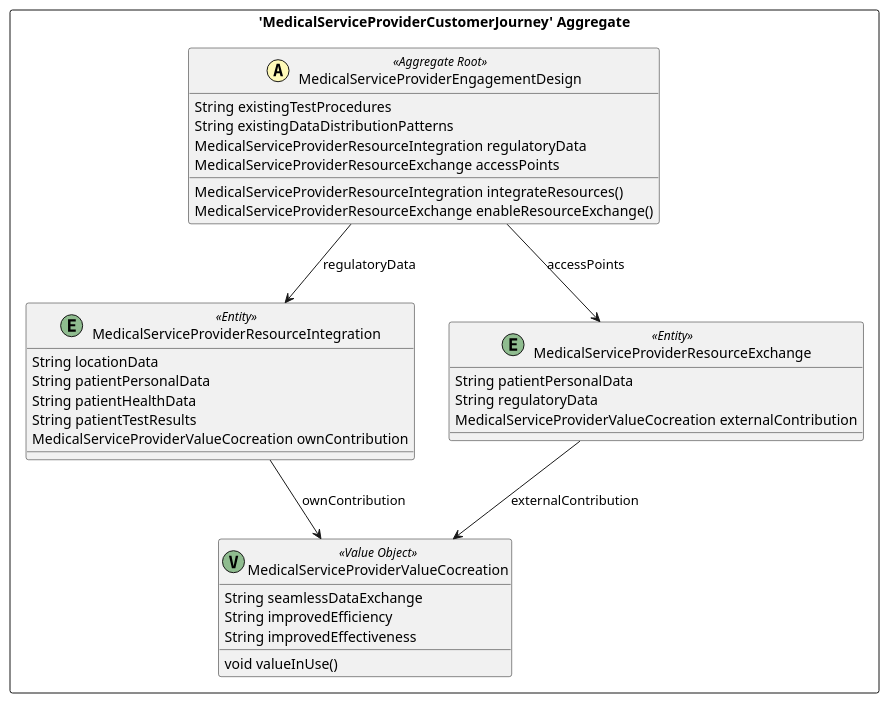
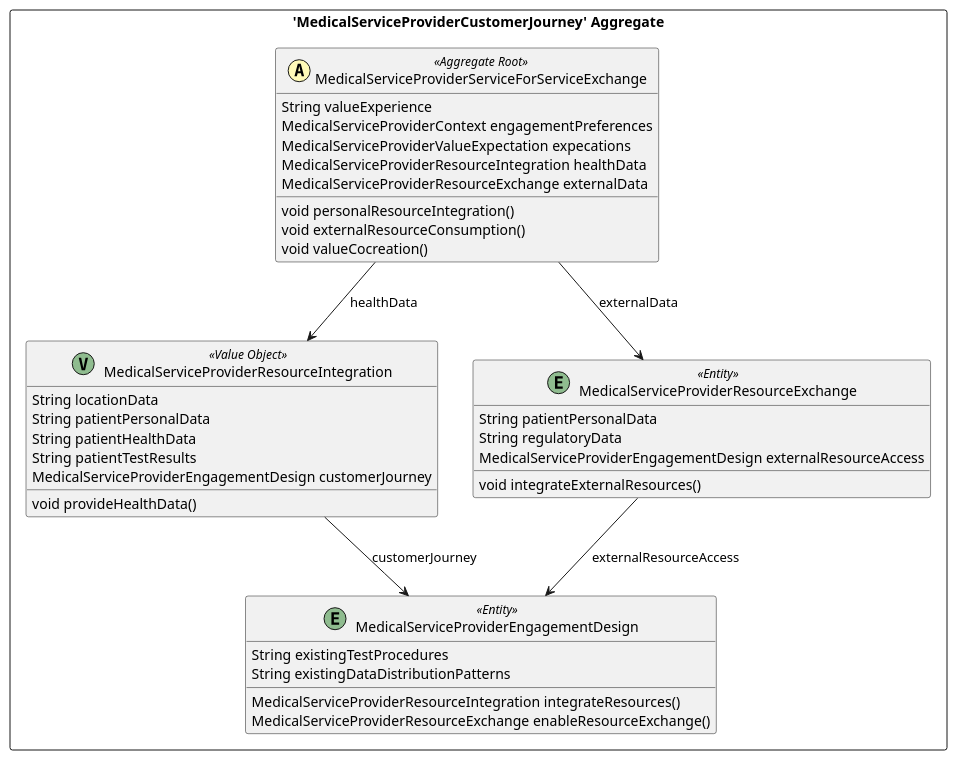
One commit to NormanBaechtold/ServiceSystem changed the diagram in src-gen/serviceSystem_BC_MedicalServiceProvider_MedicalServiceProviderCustomerJourney.puml. Above: the diagram before and after it, drawn with PlantUML. The commit also changed 57 other files, not shown here.

```diff
--- a/src-gen/serviceSystem_BC_MedicalServiceProvider_MedicalServiceProviderCustomerJourney.puml
+++ b/src-gen/serviceSystem_BC_MedicalServiceProvider_MedicalServiceProviderCustomerJourney.puml
@@ -1,39 +1,43 @@
 @startuml
 
 skinparam componentStyle uml2
 
 package "'MedicalServiceProviderCustomerJourney' Aggregate" <<Rectangle>> {
-	class MedicalServiceProviderEngagementDesign <<(A,#fffab8) Aggregate Root>> {
-		String existingTestProcedures
-		String existingDataDistributionPatterns
-		MedicalServiceProviderResourceIntegration regulatoryData
-		MedicalServiceProviderResourceExchange accessPoints
-		MedicalServiceProviderResourceIntegration integrateResources()
-		MedicalServiceProviderResourceExchange enableResourceExchange()
+	class MedicalServiceProviderServiceForServiceExchange <<(A,#fffab8) Aggregate Root>> {
+		String valueExperience
+		MedicalServiceProviderContext engagementPreferences
+		MedicalServiceProviderValueExpectation expecations
+		MedicalServiceProviderResourceIntegration healthData
+		MedicalServiceProviderResourceExchange externalData
+		void personalResourceIntegration()
+		void externalResourceConsumption()
+		void valueCocreation()
 	}
-	class MedicalServiceProviderResourceIntegration <<(E,DarkSeaGreen) Entity>> {
+	class MedicalServiceProviderResourceIntegration <<(V,DarkSeaGreen) Value Object>> {
 		String locationData
 		String patientPersonalData
 		String patientHealthData
 		String patientTestResults
-		MedicalServiceProviderValueCocreation ownContribution
+		MedicalServiceProviderEngagementDesign customerJourney
+		void provideHealthData()
+	}
+	class MedicalServiceProviderEngagementDesign <<(E,DarkSeaGreen) Entity>> {
+		String existingTestProcedures
+		String existingDataDistributionPatterns
+		MedicalServiceProviderResourceIntegration integrateResources()
+		MedicalServiceProviderResourceExchange enableResourceExchange()
 	}
 	class MedicalServiceProviderResourceExchange <<(E,DarkSeaGreen) Entity>> {
 		String patientPersonalData
 		String regulatoryData
-		MedicalServiceProviderValueCocreation externalContribution
-	}
-	class MedicalServiceProviderValueCocreation <<(V,DarkSeaGreen) Value Object>> {
-		String seamlessDataExchange
-		String improvedEfficiency
-		String improvedEffectiveness
-		void valueInUse()
+		MedicalServiceProviderEngagementDesign externalResourceAccess
+		void integrateExternalResources()
 	}
 }
-MedicalServiceProviderEngagementDesign --> MedicalServiceProviderResourceIntegration : regulatoryData
-MedicalServiceProviderEngagementDesign --> MedicalServiceProviderResourceExchange : accessPoints
-MedicalServiceProviderResourceIntegration --> MedicalServiceProviderValueCocreation : ownContribution
-MedicalServiceProviderResourceExchange --> MedicalServiceProviderValueCocreation : externalContribution
+MedicalServiceProviderServiceForServiceExchange --> MedicalServiceProviderResourceIntegration : healthData
+MedicalServiceProviderServiceForServiceExchange --> MedicalServiceProviderResourceExchange : externalData
+MedicalServiceProviderResourceIntegration --> MedicalServiceProviderEngagementDesign : customerJourney
+MedicalServiceProviderResourceExchange --> MedicalServiceProviderEngagementDesign : externalResourceAccess
 
 
 @enduml
```
